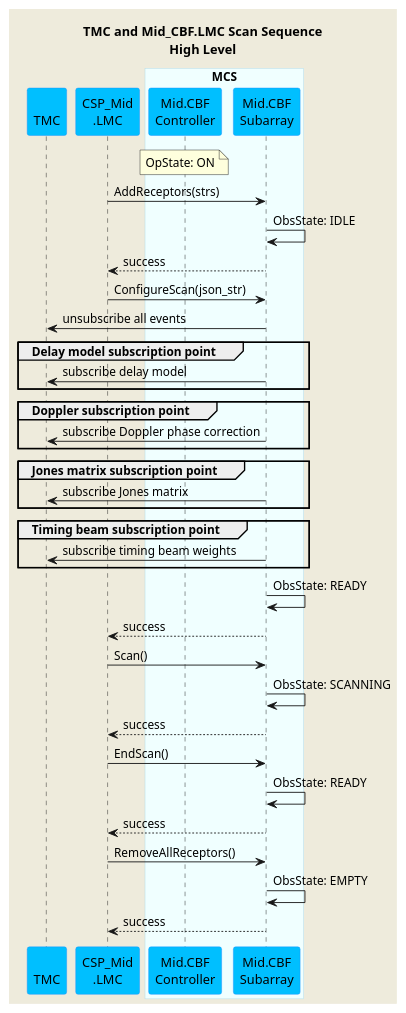
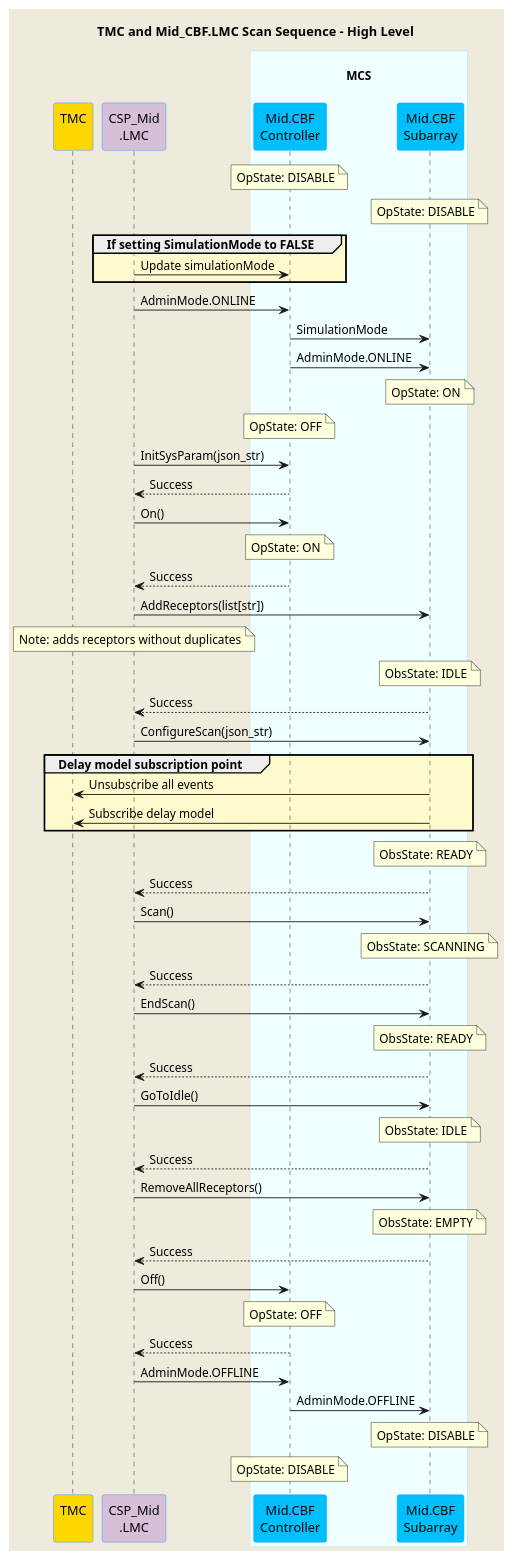
One commit to ska-telescope/mid-cbf-mcs changed the diagram in docs/src/diagrams/mid-cbf-scan-ops.puml. Above: the diagram before and after it, drawn with PlantUML. The commit also changed 19 other files, not shown here.

```diff
--- a/docs/src/diagrams/mid-cbf-scan-ops.puml
+++ b/docs/src/diagrams/mid-cbf-scan-ops.puml
@@ -1,62 +1,95 @@
 @startuml
 'https://plantuml.com/sequence-diagram
 
 skinparam backgroundColor #EEEBDC
 skinparam sequence {
 ParticipantBorderColor DodgerBlue
 ParticipantBackgroundColor DeepSkyBlue
 ActorBorderColor DarkGreen
 ActorBackgroundColor Green
 BoxBorderColor LightBlue
 BoxBackgroundColor #F0FFFF
 }
 
-title TMC and Mid_CBF.LMC Scan Sequence\nHigh Level
+title TMC and Mid_CBF.LMC Scan Sequence - High Level
 
-participant "\nTMC" as tmc
-participant "CSP_Mid\n.LMC" as lmc
+participant "TMC\n" as tmc #Gold
+participant "CSP_Mid\n.LMC" as lmc #Thistle
 
-box "MCS"
+box "\nMCS\n"
 participant "Mid.CBF\nController" as controller
 participant "Mid.CBF\nSubarray" as subarray
 end box
 
+note over controller        : OpState: DISABLE
+note over subarray          : OpState: DISABLE
+group #LemonChiffon If setting SimulationMode to FALSE
+    lmc         -> controller   : Update simulationMode
+end group
+lmc         -> controller   : AdminMode.ONLINE
+controller  -> subarray     : SimulationMode
+controller  -> subarray     : AdminMode.ONLINE
+note over subarray          : OpState: ON
+note over controller        : OpState: OFF
+
+lmc         -> controller   : InitSysParam(json_str)
+controller --> lmc          : Success
+
+lmc         -> controller   : On()
 note over controller        : OpState: ON
-lmc         -> subarray     : AddReceptors(strs)
-subarray    -> subarray     : ObsState: IDLE
-subarray   --> lmc          : success
+controller --> lmc          : Success
+
+lmc         -> subarray     : AddReceptors(list[str])
+note over lmc               : Note: adds receptors without duplicates
+note over subarray          : ObsState: IDLE
+subarray   --> lmc          : Success
+
 lmc         -> subarray     : ConfigureScan(json_str)
-subarray    -> tmc          : unsubscribe all events
 
-group Delay model subscription point
-subarray    -> tmc          : subscribe delay model
+
+group #LemonChiffon Delay model subscription point
+    subarray    -> tmc          : Unsubscribe all events
+    subarray    -> tmc          : Subscribe delay model
 end group
 
-group Doppler subscription point
-subarray    -> tmc          : subscribe Doppler phase correction
-end group
+' group Doppler subscription point
+' subarray    -> tmc          : subscribe Doppler phase correction
+' end group
 
-group Jones matrix subscription point
-subarray    -> tmc          : subscribe Jones matrix
-end group
+' group Jones matrix subscription point
+' subarray    -> tmc          : subscribe Jones matrix
+' end group
 
-group Timing beam subscription point
-subarray    -> tmc          : subscribe timing beam weights
-end group
+' group Timing beam subscription point
+' subarray    -> tmc          : subscribe timing beam weights
+' end group
 
-subarray    -> subarray     : ObsState: READY
-subarray   --> lmc          : success
+note over subarray          : ObsState: READY
+subarray   --> lmc          : Success
 
 lmc         -> subarray     : Scan()
-subarray    -> subarray     : ObsState: SCANNING
-subarray   --> lmc          : success
+note over subarray          : ObsState: SCANNING
+subarray   --> lmc          : Success
 
 lmc         -> subarray     : EndScan()
-subarray    -> subarray     : ObsState: READY
-subarray   --> lmc          : success
+note over subarray          : ObsState: READY
+subarray   --> lmc          : Success
+
+lmc         -> subarray     : GoToIdle()
+note over subarray          : ObsState: IDLE
+subarray   --> lmc          : Success
 
 lmc         -> subarray     : RemoveAllReceptors()
-subarray    -> subarray     : ObsState: EMPTY
-subarray   --> lmc          : success
+note over subarray          : ObsState: EMPTY
+subarray   --> lmc          : Success
+
+lmc         -> controller   : Off()
+note over controller        : OpState: OFF
+controller --> lmc          : Success
+
+lmc         -> controller   : AdminMode.OFFLINE
+controller  -> subarray     : AdminMode.OFFLINE
+note over subarray          : OpState: DISABLE
+note over controller        : OpState: DISABLE
 
 @enduml
```
